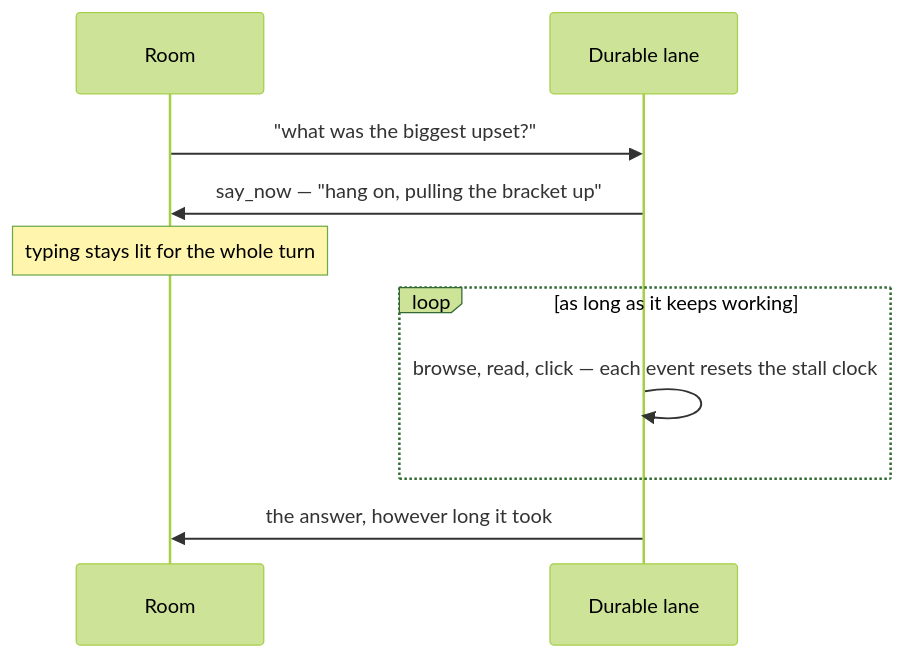
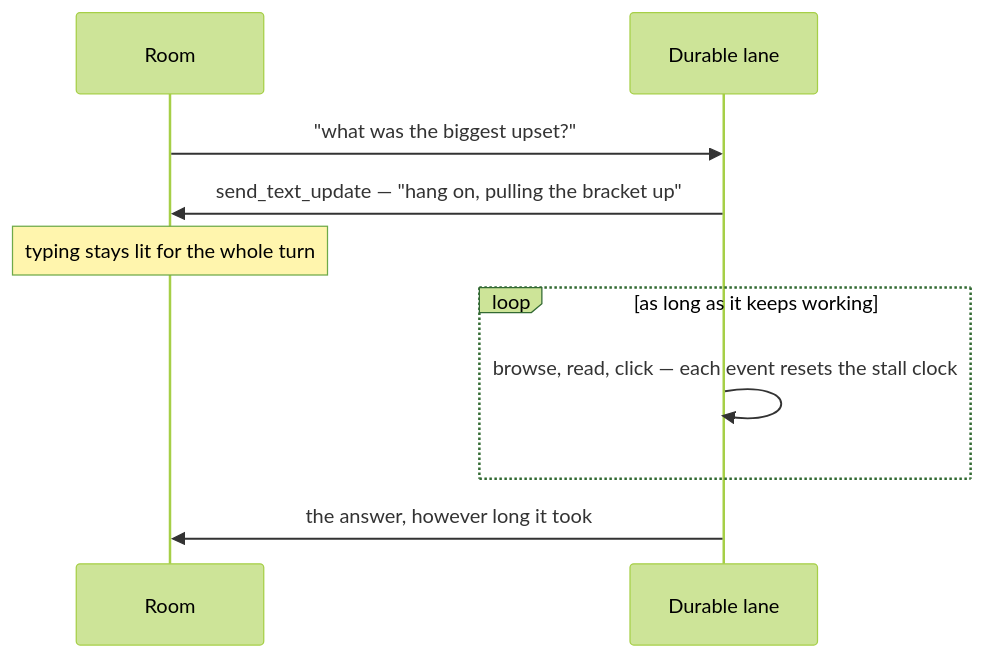
One commit to Volpestyle/clankie changed the second of 2 diagrams in docs/adr/0118-a-text-room-is-a-durable-lane.md. Above: the diagram before and after it, drawn with Mermaid (forest theme). The commit also changed other lines of this file and 24 other files, not shown here.

````diff
--- a/docs/adr/0118-a-text-room-is-a-durable-lane.md
+++ b/docs/adr/0118-a-text-room-is-a-durable-lane.md
@@ -141,12 +144,12 @@
 ```mermaid
 sequenceDiagram
     participant R as Room
     participant L as Durable lane
     R->>L: "what was the biggest upset?"
-    L->>R: say_now — "hang on, pulling the bracket up"
+    L->>R: send_text_update — "hang on, pulling the bracket up"
     Note over R: typing stays lit for the whole turn
     loop as long as it keeps working
         L->>L: browse, read, click — each event resets the stall clock
     end
     L->>R: the answer, however long it took
 ```
````
